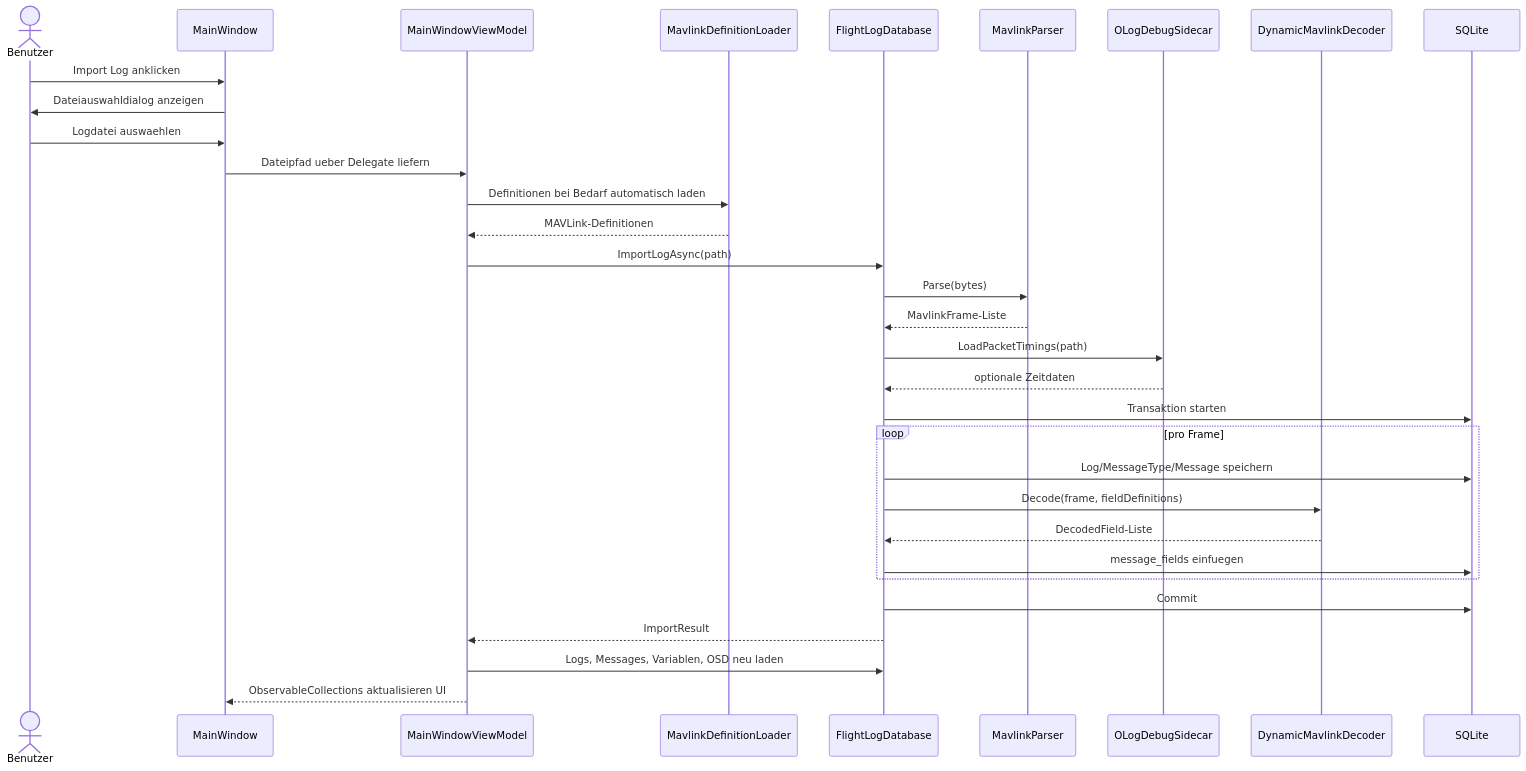
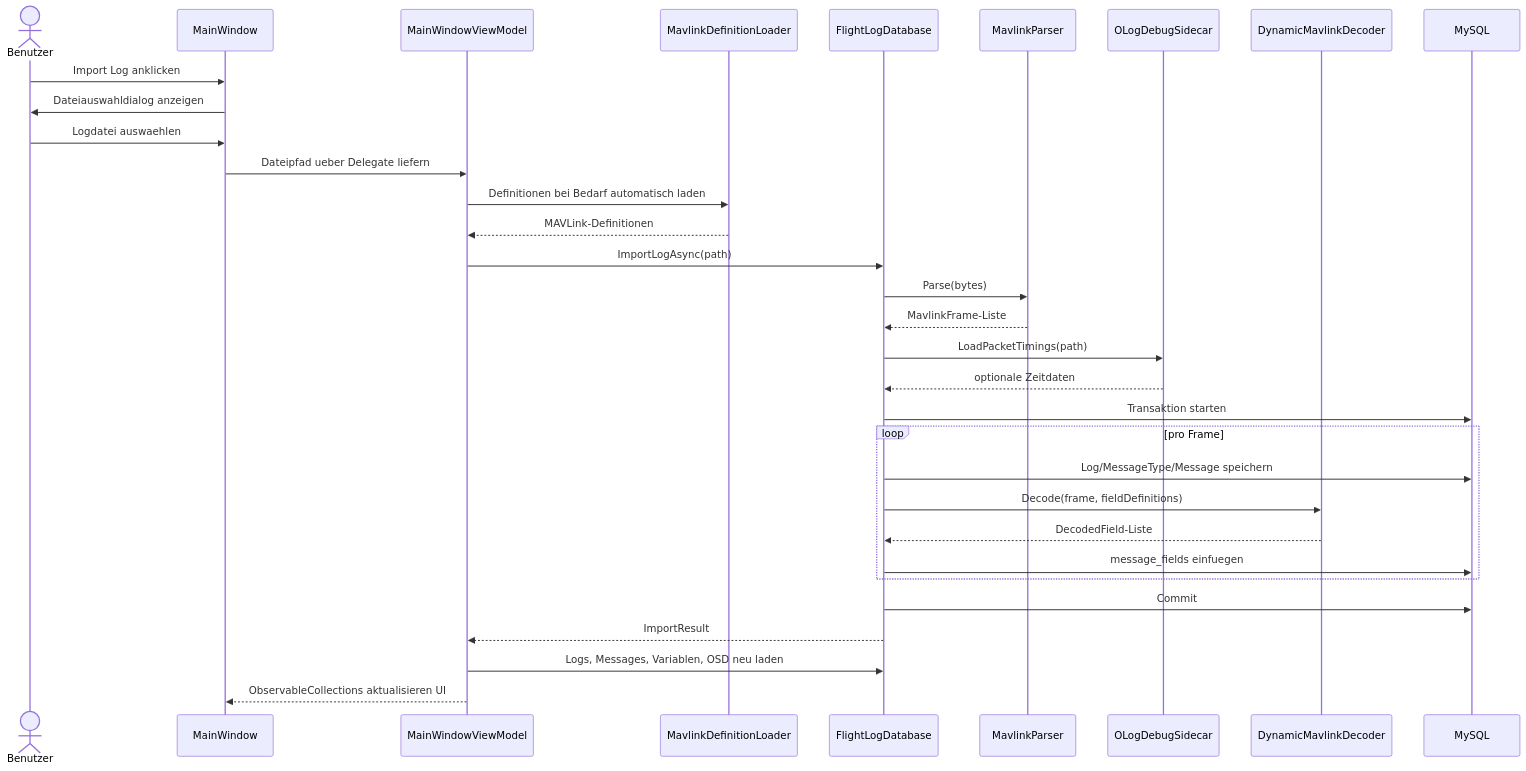
One commit to raphaelscholle/openhd-flightLog changed the diagram in docs/diagrams/import-sequence.mmd. Above: the diagram before and after it, drawn with Mermaid. The commit also changed 14 other files, not shown here.

```diff
--- a/docs/diagrams/import-sequence.mmd
+++ b/docs/diagrams/import-sequence.mmd
@@ -1,33 +1,33 @@
 sequenceDiagram
     actor User as Benutzer
     participant View as MainWindow
     participant VM as MainWindowViewModel
     participant Loader as MavlinkDefinitionLoader
     participant DB as FlightLogDatabase
     participant Parser as MavlinkParser
     participant Sidecar as OLogDebugSidecar
     participant Decoder as DynamicMavlinkDecoder
-    participant SQLite as SQLite
+    participant MySQL as MySQL
 
     User->>View: Import Log anklicken
     View->>User: Dateiauswahldialog anzeigen
     User->>View: Logdatei auswaehlen
     View->>VM: Dateipfad ueber Delegate liefern
     VM->>Loader: Definitionen bei Bedarf automatisch laden
     Loader-->>VM: MAVLink-Definitionen
     VM->>DB: ImportLogAsync(path)
     DB->>Parser: Parse(bytes)
     Parser-->>DB: MavlinkFrame-Liste
     DB->>Sidecar: LoadPacketTimings(path)
     Sidecar-->>DB: optionale Zeitdaten
-    DB->>SQLite: Transaktion starten
+    DB->>MySQL: Transaktion starten
     loop pro Frame
-        DB->>SQLite: Log/MessageType/Message speichern
+        DB->>MySQL: Log/MessageType/Message speichern
         DB->>Decoder: Decode(frame, fieldDefinitions)
         Decoder-->>DB: DecodedField-Liste
-        DB->>SQLite: message_fields einfuegen
+        DB->>MySQL: message_fields einfuegen
     end
-    DB->>SQLite: Commit
+    DB->>MySQL: Commit
     DB-->>VM: ImportResult
     VM->>DB: Logs, Messages, Variablen, OSD neu laden
     VM-->>View: ObservableCollections aktualisieren UI
```
